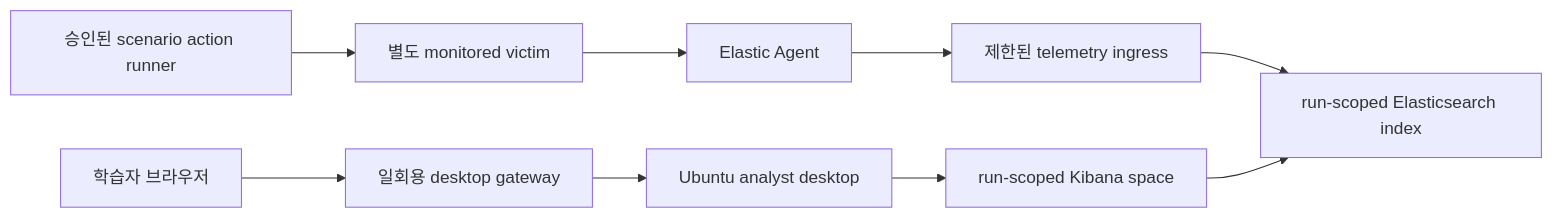
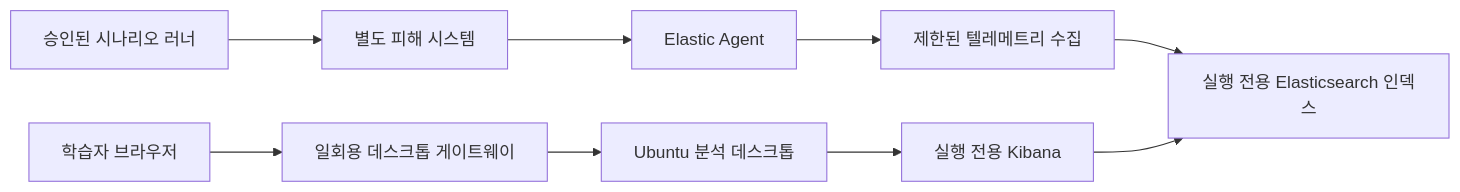
Before and after one commit to ijuns/zerotop: the second of 3 diagrams in docs/architecture.md, drawn with Mermaid. The commit also changed other lines of this file and 6 other files, not shown here.

````diff
--- a/docs/architecture.md
+++ b/docs/architecture.md
@@ -121,11 +121,11 @@
 ```mermaid
 flowchart LR
-    Learner["학습자 브라우저"] --> Gateway["일회용 desktop gateway"]
-    Gateway --> Analyst["Ubuntu analyst desktop"]
-    Analyst --> Kibana["run-scoped Kibana space"]
-    Runner["승인된 scenario action runner"] --> Victim["별도 monitored victim"]
+    Learner["학습자 브라우저"] --> Gateway["일회용 데스크톱 게이트웨이"]
+    Gateway --> Analyst["Ubuntu 분석 데스크톱"]
+    Analyst --> Kibana["실행 전용 Kibana"]
+    Runner["승인된 시나리오 러너"] --> Victim["별도 피해 시스템"]
     Victim --> Agent["Elastic Agent"]
-    Agent --> Pipeline["제한된 telemetry ingress"]
-    Pipeline --> Index["run-scoped Elasticsearch index"]
+    Agent --> Pipeline["제한된 텔레메트리 수집"]
+    Pipeline --> Index["실행 전용 Elasticsearch 인덱스"]
     Kibana --> Index
 ```
````
